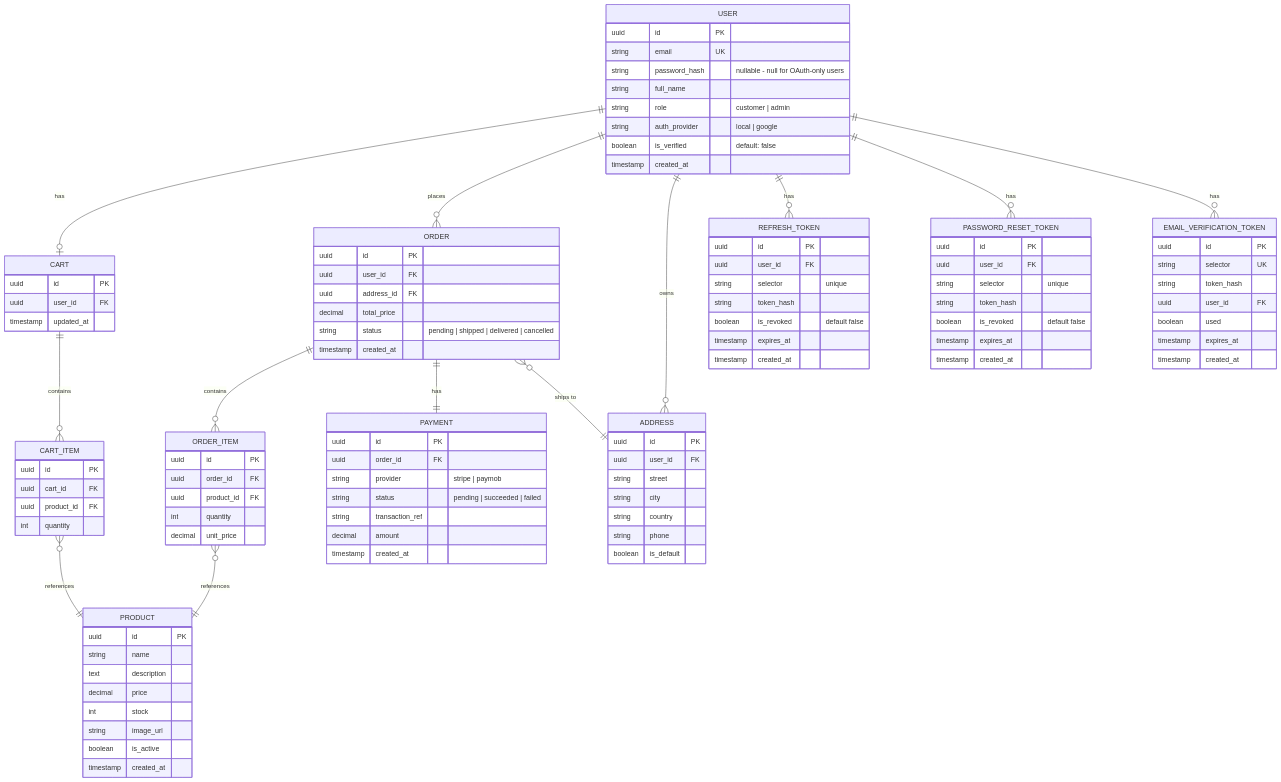
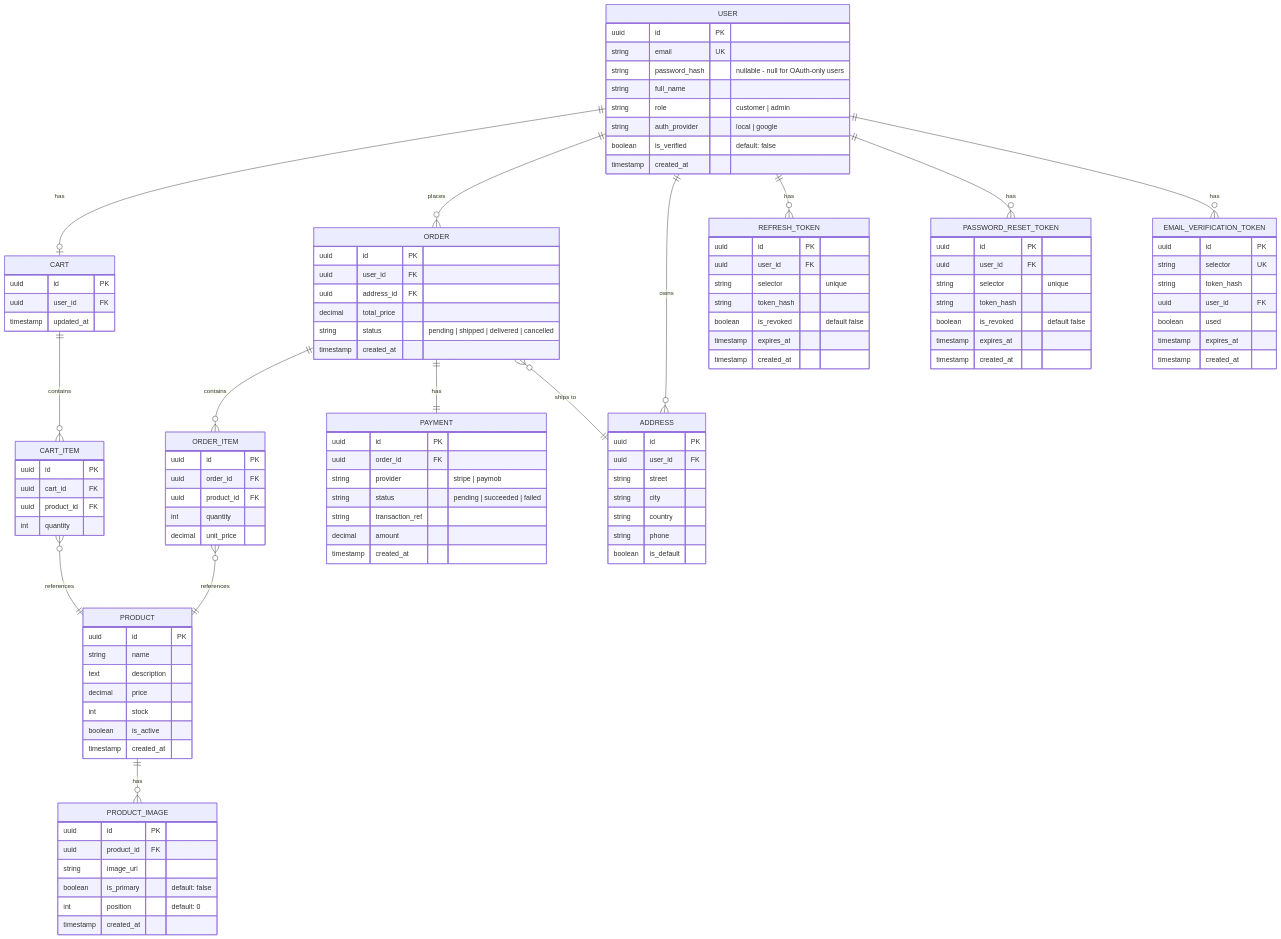
The diagram in docs/backend/ERD.md (OsamaElshaer/ecommerce-store), drawn with Mermaid before and after one commit. The commit also changed other lines of this file and 10 other files, not shown here.

Commit message:
feat(products): add product listing and local image storage

```diff
--- a/docs/backend/ERD.md
+++ b/docs/backend/ERD.md
@@ -22,6 +14,7 @@
     ORDER_ITEM }o--|| PRODUCT : references
     ORDER ||--|| PAYMENT : has
     ORDER }o--|| ADDRESS : "ships to"
+    PRODUCT ||--o{ PRODUCT_IMAGE : has
 
     USER {
         uuid id PK
@@ -50,8 +43,16 @@
         text description
         decimal price
         int stock
+        boolean is_active
+        timestamp created_at
+    }
+
+    PRODUCT_IMAGE {
+        uuid id PK
+        uuid product_id FK
         string image_url
-        boolean is_active
+        boolean is_primary "default: false"
+        int position "default: 0"
         timestamp created_at
     }
 
```
